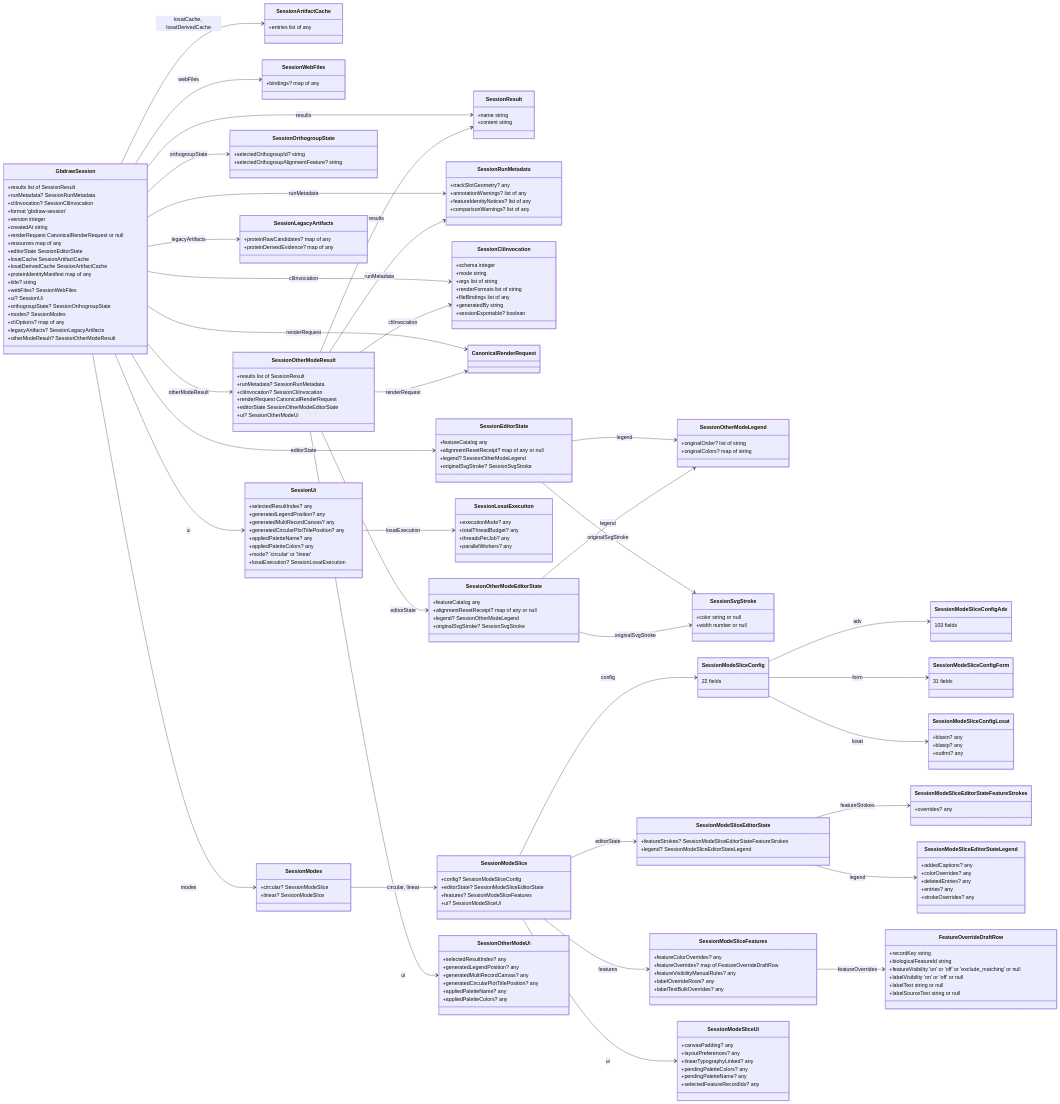
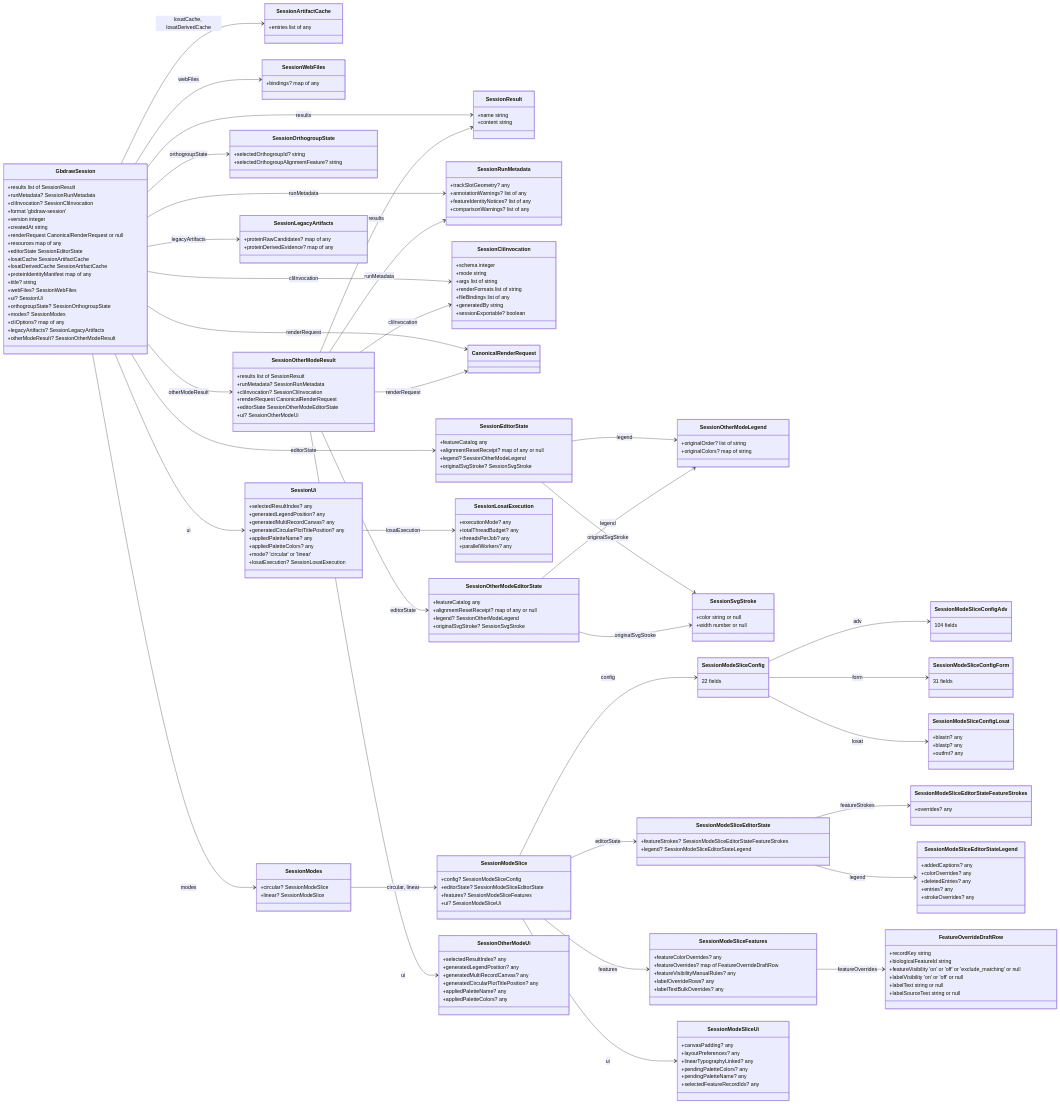
One commit to satoshikawato/gbdraw changed the third of 4 diagrams in docs/REFERENCE/schemas/README.md. Above: the diagram before and after it, drawn with Mermaid. The commit also changed 15 other files, not shown here.

```diff
--- a/docs/REFERENCE/schemas/README.md
+++ b/docs/REFERENCE/schemas/README.md
@@ -250,7 +250,7 @@
     +selectedFeatureRecordIdx? any
   }
   class SessionModeSliceConfigAdv {
-    103 fields
+    104 fields
   }
   class SessionModeSliceConfigForm {
     31 fields
```
